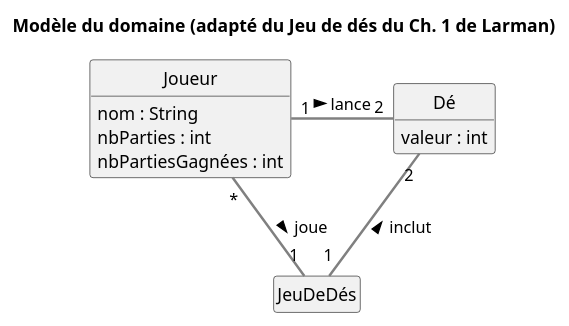
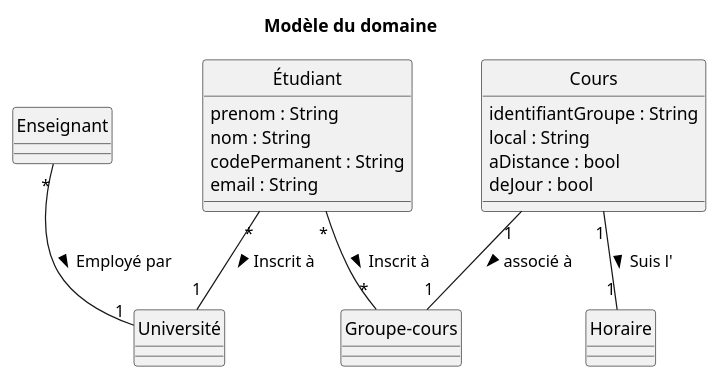
One commit to xMrYahya/moodle-clone changed the diagram in docs/modeles/mdd.puml. Above: the diagram before and after it, drawn with PlantUML. The commit also changed 1 other file, not shown here.

```diff
--- a/docs/modeles/mdd.puml
+++ b/docs/modeles/mdd.puml
@@ -1,20 +1,40 @@
 @startuml MDD
 skinparam style strictuml
-skinparam ArrowThickness 2
-skinparam ArrowColor #gray
-hide empty members
-title Modèle du domaine (adapté du Jeu de dés du Ch. 1 de Larman)
-class Joueur {
+title Modèle du domaine
+class Enseignant{
+
+}
+class Cours{
+  identifiantGroupe : String
+  local : String
+  ' Les suivants pouraient etre dans l'horaire
+  aDistance : bool
+  deJour : bool  
+}
+class Groupe-cours{
+
+}
+class Étudiant{
+  prenom : String
   nom : String
-  nbParties : int
-  nbPartiesGagnées : int
+  codePermanent : String
+  email : String
 }
-class Dé {
-  valeur : int
+class Université{
+
 }
-class JeuDeDés
-' associations
-Joueur "*" -down- "1" JeuDeDés : joue >
-Joueur "1" -right- "2" Dé : lance >
-JeuDeDés "1" -up- "2" Dé : inclut >
+class Horaire{
+
+}
+
+Enseignant "*" -- "1" Université : Employé par >
+
+Étudiant "*" -- "1" Université : Inscrit à >
+
+Cours "1" -- "1" Horaire :  Suis l' >
+
+Étudiant "*" -- "*" "Groupe-cours" : Inscrit à >
+
+Cours "1" -- "1" "Groupe-cours" : associé à >
+
 @enduml
```
